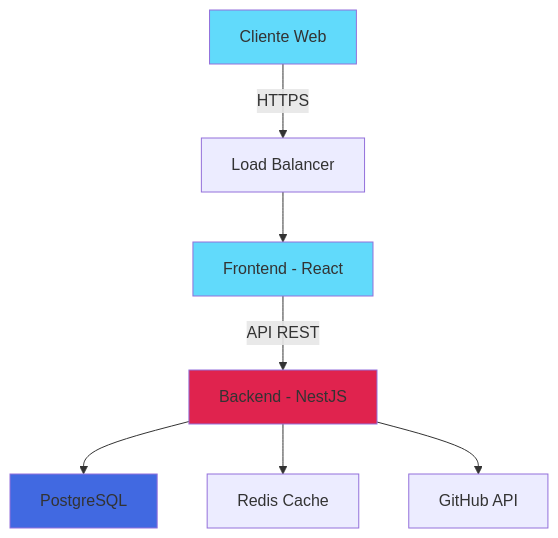
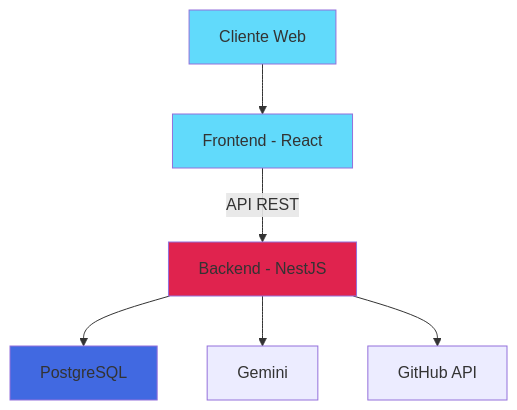
Before and after one commit to unb-mds/2025-2-GuiaDev: the diagram in README.md, drawn with Mermaid.

Commit message:
Refactor architecture diagram in README
Updated architecture diagram in README to reflect changes in backend services.

````diff
--- a/README.md
+++ b/README.md
@@ -139,14 +139,13 @@
 ```mermaid
 graph TB
-    A[Cliente Web] -->|HTTPS| B[Load Balancer]
-    B --> C[Frontend - React]
+    A[Cliente Web] --> C[Frontend - React]
     C -->|API REST| D[Backend - NestJS]
     D --> E[PostgreSQL]
-    D --> F[Redis Cache]
+    D --> F[Gemini]
     D --> G[GitHub API]
     
     style A fill:#61DAFB
     style C fill:#61DAFB
     style D fill:#E0234E
     style E fill:#4169E1
 ```
````
